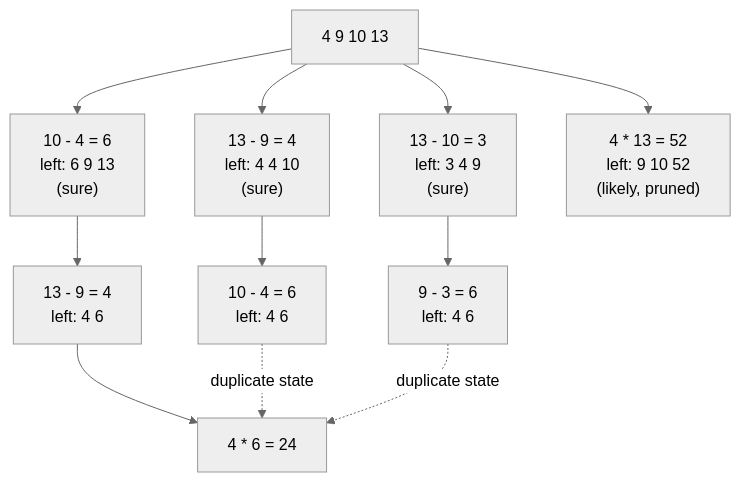
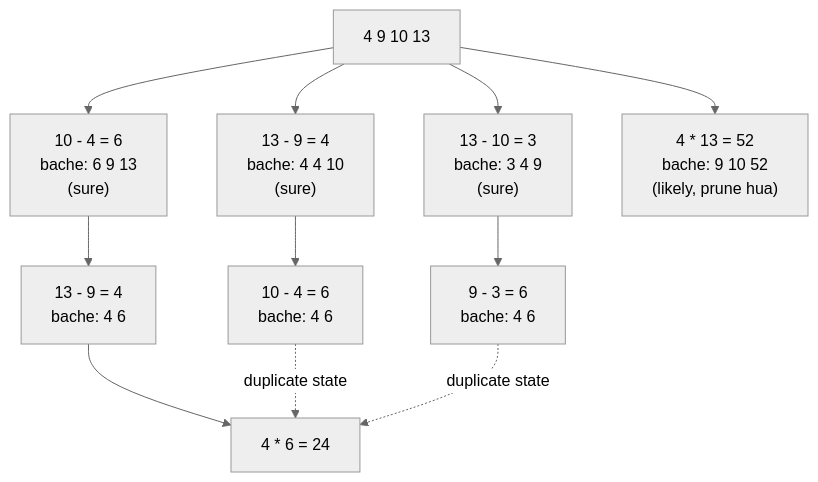
The diagram in docs/07-planning-and-reasoning/07.4-tree-of-thoughts.md (asmustechno/agentic-ai-notes), drawn with Mermaid (neutral theme) before and after one commit. The commit also changed other lines of this file and 135 other files, not shown here.

````diff
--- a/docs/07-planning-and-reasoning/07.4-tree-of-thoughts.md
+++ b/docs/07-planning-and-reasoning/07.4-tree-of-thoughts.md
@@ -39,13 +41,13 @@
 ```mermaid
 flowchart TB
-    S["4 9 10 13"] --> A["10 - 4 = 6<br/>left: 6 9 13<br/>(sure)"]
-    S --> B["13 - 9 = 4<br/>left: 4 4 10<br/>(sure)"]
-    S --> C["13 - 10 = 3<br/>left: 3 4 9<br/>(sure)"]
-    S --> X["4 * 13 = 52<br/>left: 9 10 52<br/>(likely, pruned)"]
-    A --> A1["13 - 9 = 4<br/>left: 4 6"]
-    B --> B1["10 - 4 = 6<br/>left: 4 6"]
-    C --> C1["9 - 3 = 6<br/>left: 4 6"]
+    S["4 9 10 13"] --> A["10 - 4 = 6<br/>bache: 6 9 13<br/>(sure)"]
+    S --> B["13 - 9 = 4<br/>bache: 4 4 10<br/>(sure)"]
+    S --> C["13 - 10 = 3<br/>bache: 3 4 9<br/>(sure)"]
+    S --> X["4 * 13 = 52<br/>bache: 9 10 52<br/>(likely, prune hua)"]
+    A --> A1["13 - 9 = 4<br/>bache: 4 6"]
+    B --> B1["10 - 4 = 6<br/>bache: 4 6"]
+    C --> C1["9 - 3 = 6<br/>bache: 4 6"]
     A1 --> W["4 * 6 = 24"]
     B1 -.->|"duplicate state"| W
     C1 -.->|"duplicate state"| W
 ```
````
